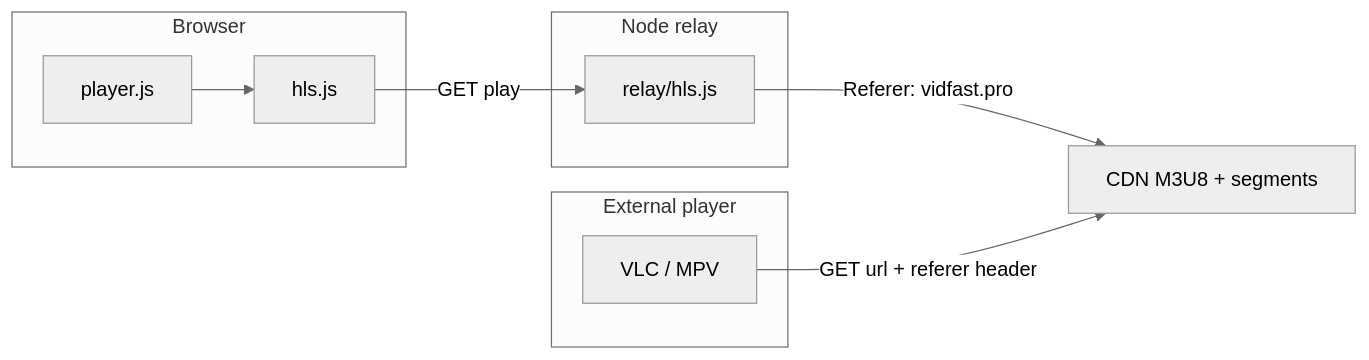
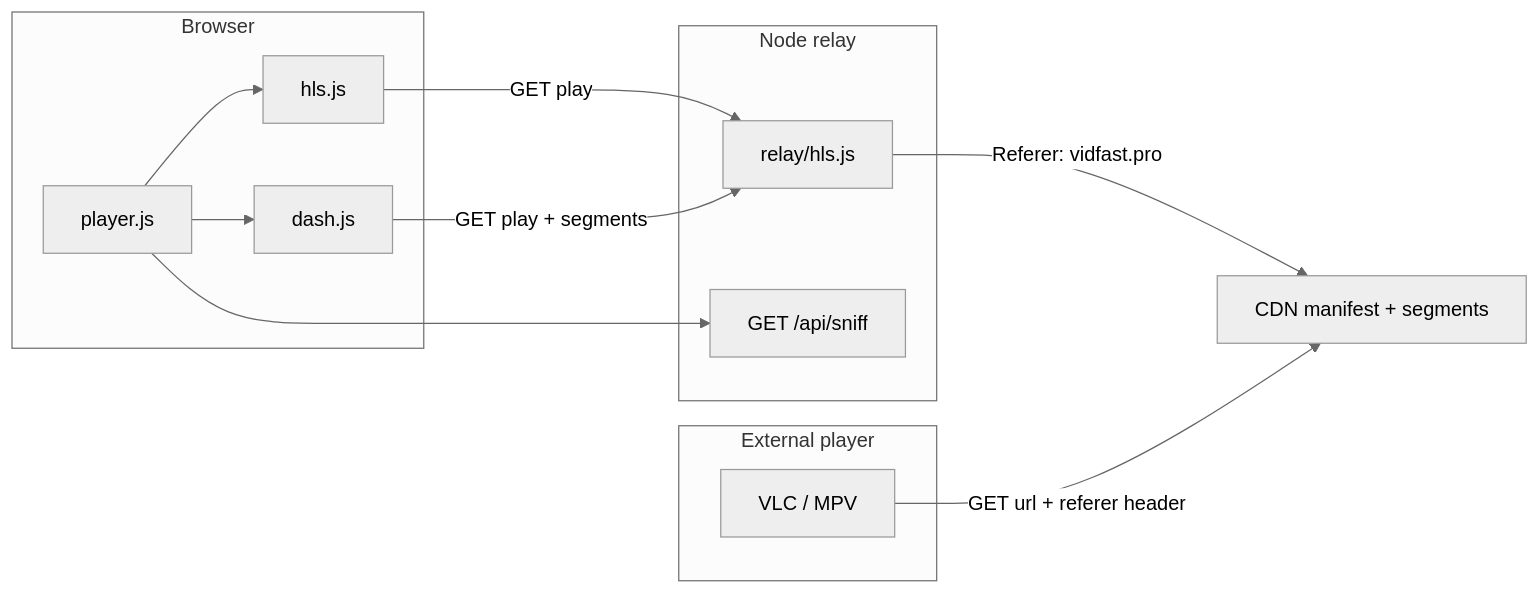
One commit to sharoon7171/vidfast-pro-stream-resolver changed the second of 2 diagrams in README.md. Above: the diagram before and after it, drawn with Mermaid (neutral theme). The commit also changed other lines of this file and 13 other files, not shown here.

Commit message:
add DASH playback and sniff API, emit meta before VM resolve, stream NDJSON with TCP_NODELAY, and refresh web UI and README

````diff
--- a/README.md
+++ b/README.md
@@ -84,22 +89,27 @@
 ```mermaid
 flowchart LR
   subgraph browser["Browser"]
     UI["player.js"]
     HLS["hls.js"]
+    DASH["dash.js"]
     UI --> HLS
+    UI --> DASH
   end
 
   subgraph node["Node relay"]
     REL["relay/hls.js"]
+    SNF["GET /api/sniff"]
   end
 
   subgraph external["External player"]
     VLC["VLC / MPV"]
   end
 
-  CDN["CDN M3U8 + segments"]
+  CDN["CDN manifest + segments"]
 
+  UI --> SNF
   HLS -->|"GET play"| REL
+  DASH -->|"GET play + segments"| REL
   REL -->|"Referer: vidfast.pro"| CDN
   VLC -->|"GET url + referer header"| CDN
 ```
````
